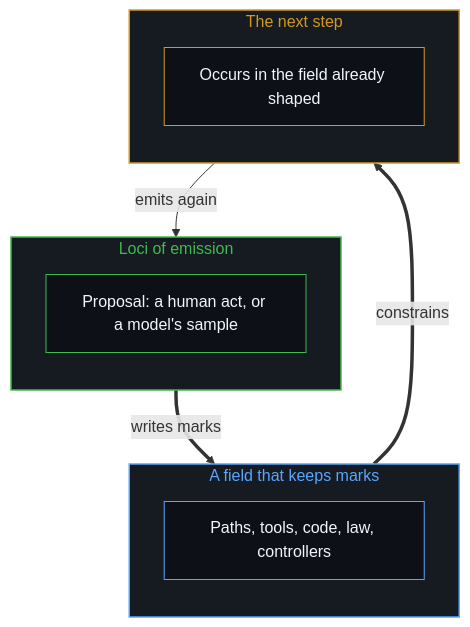
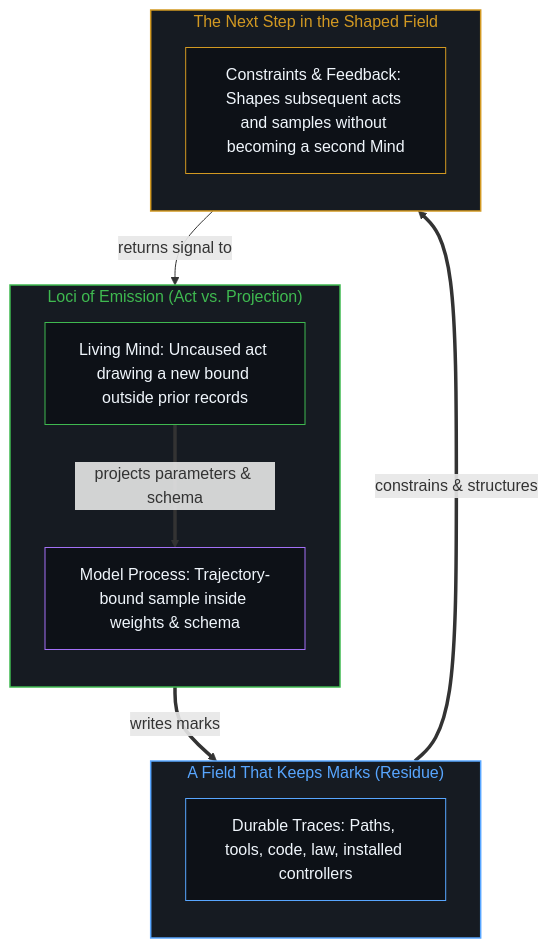
The second of 2 diagrams in content/posts/the-mark-and-the-act.md (powerpig99/not-a-toe), drawn with Mermaid before and after one commit. The commit also changed other lines of this file and 1 other file, not shown here.

Commit message:
Sleep Wave 3 (L2 #69): Refine the-mark-and-the-act

````diff
--- a/content/posts/the-mark-and-the-act.md
+++ b/content/posts/the-mark-and-the-act.md
@@ -72,24 +75,27 @@
 ```mermaid
 flowchart TD
-    subgraph S_Emit["Loci of emission"]
+    subgraph S_Emit["Loci of Emission (Act vs. Projection)"]
         direction TB
-        E1["Proposal: a human act, or a model's sample"]
+        E_Mind["Living Mind: Uncaused act drawing a new bound outside prior records"]
+        E_Model["Model Process: Trajectory-bound sample inside weights & schema"]
+        E_Mind ==>|"projects parameters & schema"| E_Model
     end
-    subgraph S_Field["A field that keeps marks"]
+    subgraph S_Field["A Field That Keeps Marks (Residue)"]
         direction TB
-        F1["Paths, tools, code, law, controllers"]
+        F1["Durable Traces: Paths, tools, code, law, installed controllers"]
     end
-    subgraph S_Next["The next step"]
+    subgraph S_Next["The Next Step in the Shaped Field"]
         direction TB
-        N1["Occurs in the field already shaped"]
+        N1["Constraints & Feedback: Shapes subsequent acts and samples without becoming a second Mind"]
     end
-    E1 ==>|"writes marks"| F1
-    F1 ==>|"constrains"| N1
-    N1 -->|"emits again"| E1
+    E_Model ==>|"writes marks"| F1
+    F1 ==>|"constrains & structures"| N1
+    N1 -->|"returns signal to"| E_Mind
     style S_Emit fill:#161b22,stroke:#3fb950,stroke-width:1.5px,color:#3fb950
     style S_Field fill:#161b22,stroke:#58a6ff,stroke-width:1.5px,color:#58a6ff
     style S_Next fill:#161b22,stroke:#d29922,stroke-width:1.5px,color:#d29922
-    style E1 fill:#0d1117,stroke:#3fb950,stroke-width:1px,color:#f0f6fc
+    style E_Mind fill:#0d1117,stroke:#3fb950,stroke-width:1px,color:#f0f6fc
+    style E_Model fill:#0d1117,stroke:#a371f7,stroke-width:1px,color:#f0f6fc
     style F1 fill:#0d1117,stroke:#58a6ff,stroke-width:1px,color:#f0f6fc
     style N1 fill:#0d1117,stroke:#d29922,stroke-width:1px,color:#f0f6fc
 ```
````
